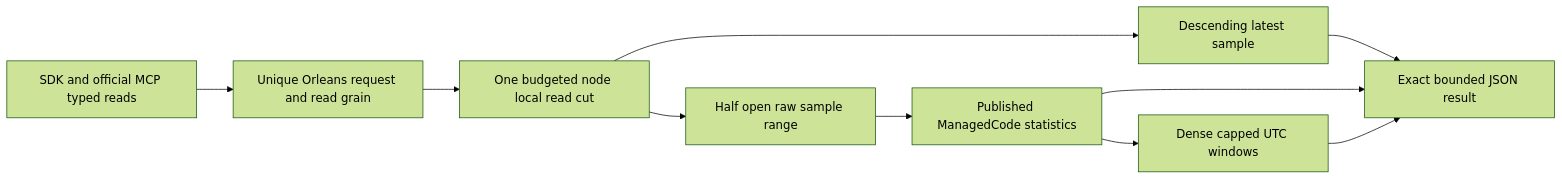
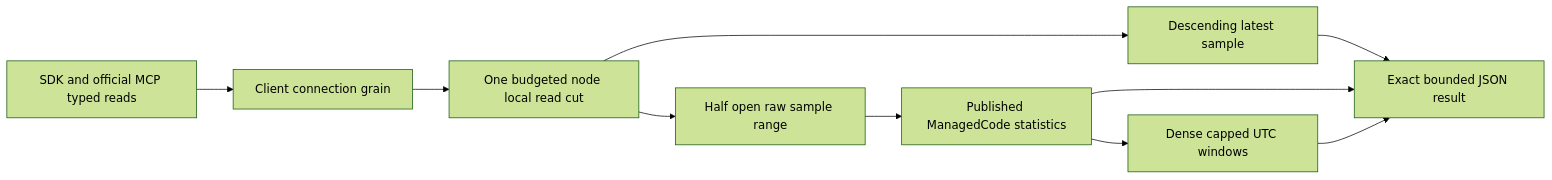
Before and after one commit to managedcode/KeyLoad: the third of 4 diagrams in docs/Features/TimeSeries.md, drawn with Mermaid (forest theme). The commit also changed other lines of this file and 7356 other files, not shown here.

````diff
--- a/docs/Features/TimeSeries.md
+++ b/docs/Features/TimeSeries.md
@@ -130,12 +108,12 @@
 ```mermaid
 flowchart LR
-    Caller[SDK and official MCP typed reads] --> Actors[Unique Orleans request and read grain]
-    Actors --> Cut[One budgeted node local read cut]
-    Cut --> Latest[Descending latest sample]
-    Cut --> Raw[Half open raw sample range]
-    Raw --> Library[Published ManagedCode statistics]
-    Library --> Windows[Dense capped UTC windows]
-    Latest --> Result[Exact bounded JSON result]
-    Library --> Result
-    Windows --> Result
+ Caller[SDK and official MCP typed reads] --> Actors[Client connection grain]
+ Actors --> Cut[One budgeted node local read cut]
+ Cut --> Latest[Descending latest sample]
+ Cut --> Raw[Half open raw sample range]
+ Raw --> Library[Published ManagedCode statistics]
+ Library --> Windows[Dense capped UTC windows]
+ Latest --> Result[Exact bounded JSON result]
+ Library --> Result
+ Windows --> Result
 ```
````
